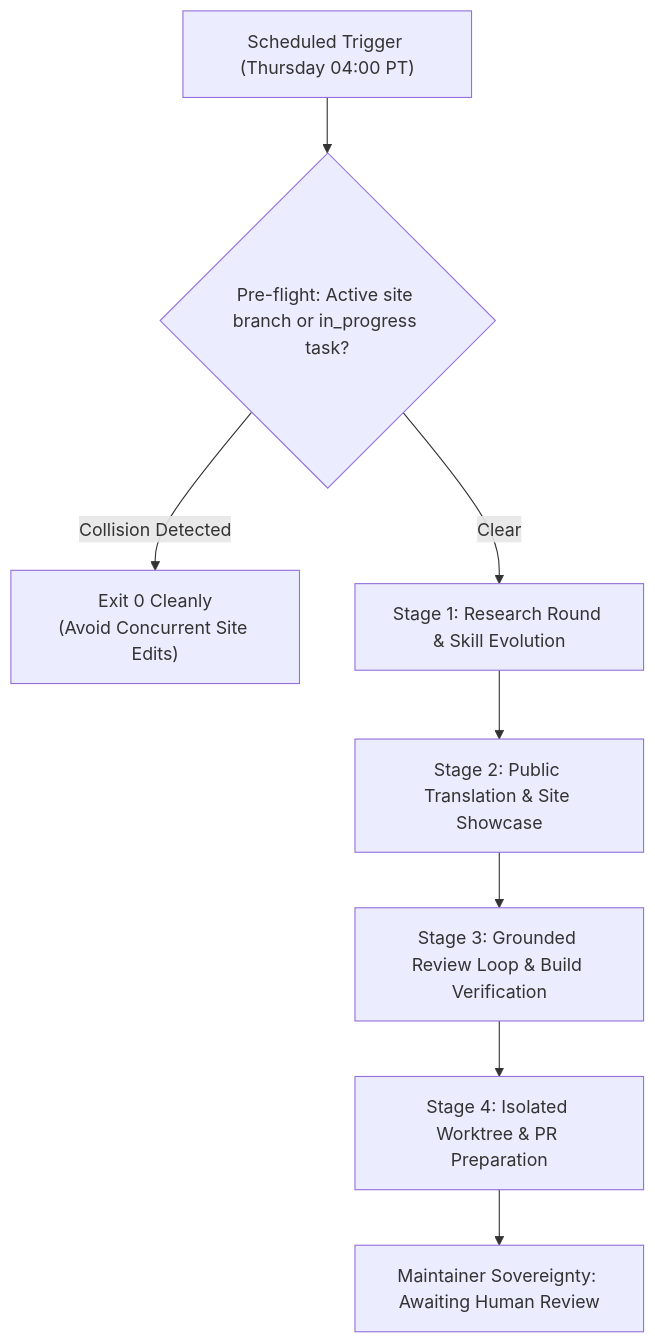
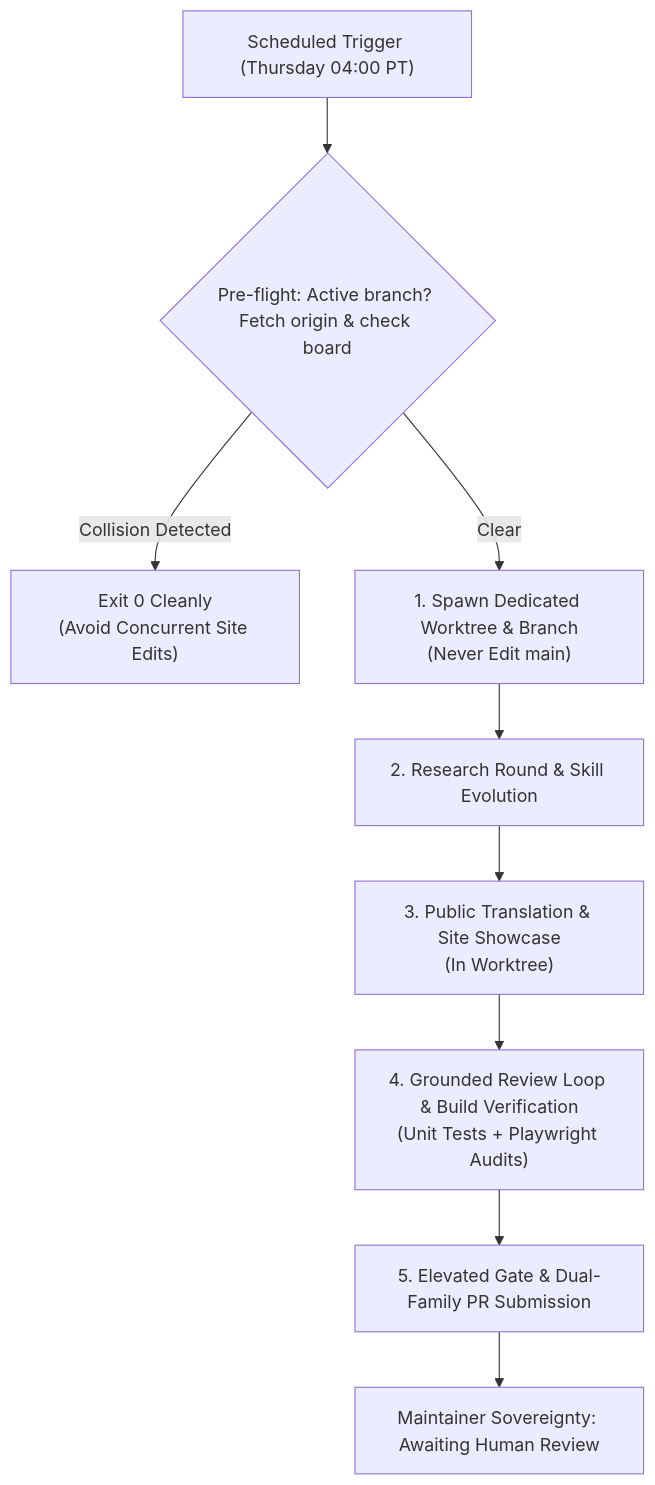
One commit to senseiewok/cf-lab changed the diagram in .claude/skills/scheduled-site-showcase/SKILL.md. Above: the diagram before and after it, drawn with Mermaid. The commit also changed other lines of this file and 1 other file, not shown here.

First line of the commit message:
docs(agent-guidance): enforce origin sync, worktree-first order, and targeted test discipline

````diff
--- a/.claude/skills/scheduled-site-showcase/SKILL.md
+++ b/.claude/skills/scheduled-site-showcase/SKILL.md
@@ -22,10 +22,11 @@
 ```mermaid
 flowchart TD
-    Trigger["Scheduled Trigger (Thursday 04:00 PT)"] --> Preflight{"Pre-flight: Active site branch or in_progress task?"}
+    Trigger["Scheduled Trigger (Thursday 04:00 PT)"] --> Preflight{"Pre-flight: Active branch? Fetch origin & check board"}
     Preflight -->|Collision Detected| Abort["Exit 0 Cleanly\n(Avoid Concurrent Site Edits)"]
-    Preflight -->|Clear| Stage1["Stage 1: Research Round & Skill Evolution"]
-    Stage1 --> Stage2["Stage 2: Public Translation & Site Showcase"]
-    Stage2 --> Stage3["Stage 3: Grounded Review Loop & Build Verification"]
-    Stage3 --> Stage4["Stage 4: Isolated Worktree & PR Preparation"]
+    Preflight -->|Clear| Worktree["1. Spawn Dedicated Worktree & Branch\n(Never Edit main)"]
+    Worktree --> Stage1["2. Research Round & Skill Evolution"]
+    Stage1 --> Stage2["3. Public Translation & Site Showcase\n(In Worktree)"]
+    Stage2 --> Stage3["4. Grounded Review Loop & Build Verification\n(Unit Tests + Playwright Audits)"]
+    Stage3 --> Stage4["5. Elevated Gate & Dual-Family PR Submission"]
     Stage4 --> Review["Maintainer Sovereignty: Awaiting Human Review"]
 ```
````
